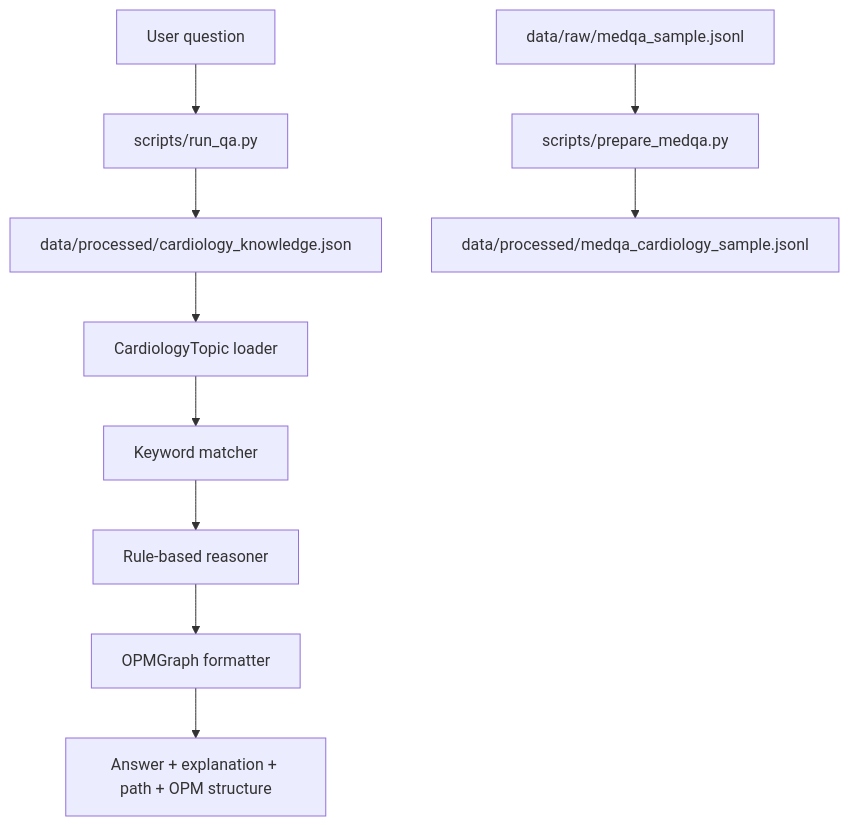
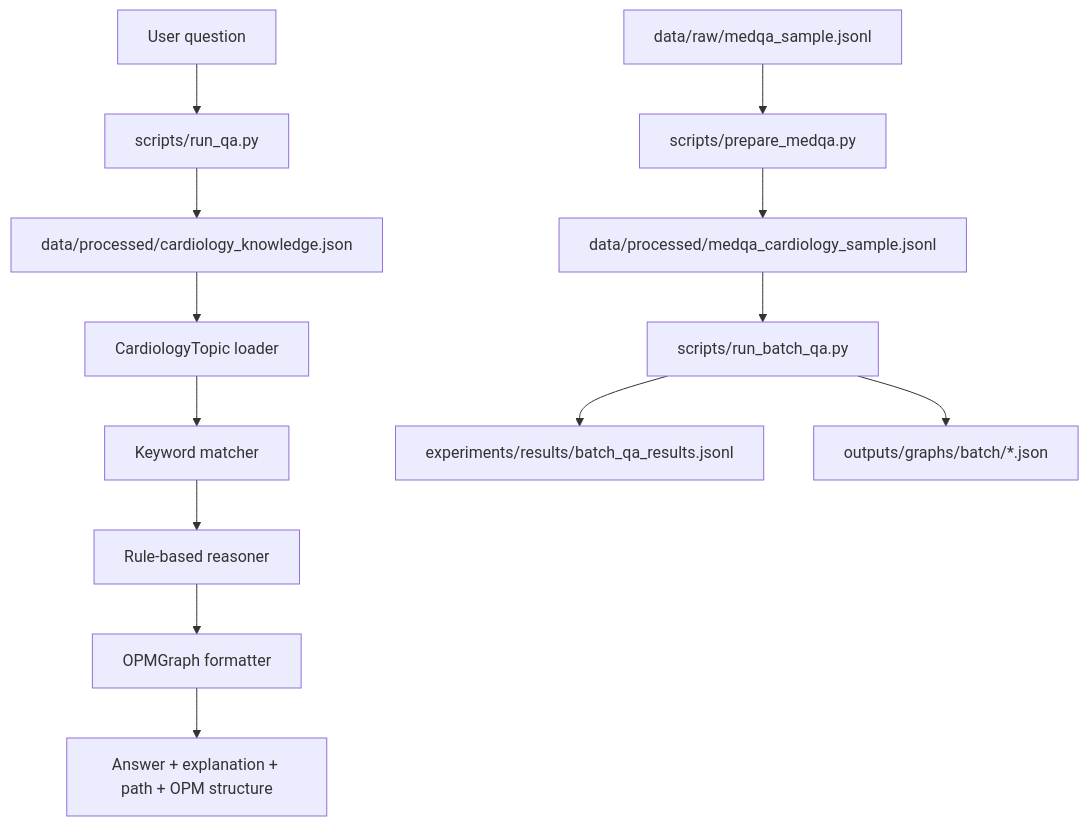
The diagram in README.md (aiqishun/opm-medical-qa), drawn with Mermaid before and after one commit. The commit also changed other lines of this file and 2 other files, not shown here.

Commit message:
Add batch QA experiment support

````diff
--- a/README.md
+++ b/README.md
@@ -30,13 +30,16 @@
 ```mermaid
 flowchart TD
     Q[User question] --> CLI[scripts/run_qa.py]
     CLI --> KB[data/processed/cardiology_knowledge.json]
     KB --> TOPIC[CardiologyTopic loader]
     TOPIC --> MATCH[Keyword matcher]
     MATCH --> REASON[Rule-based reasoner]
     REASON --> OPM[OPMGraph formatter]
     OPM --> OUT[Answer + explanation + path + OPM structure]
 
     RAW[data/raw/medqa_sample.jsonl] --> PREP[scripts/prepare_medqa.py]
     PREP --> FILTERED[data/processed/medqa_cardiology_sample.jsonl]
+    FILTERED --> BATCH[scripts/run_batch_qa.py]
+    BATCH --> RESULTS[experiments/results/batch_qa_results.jsonl]
+    BATCH --> GRAPHS[outputs/graphs/batch/*.json]
 ```
````
